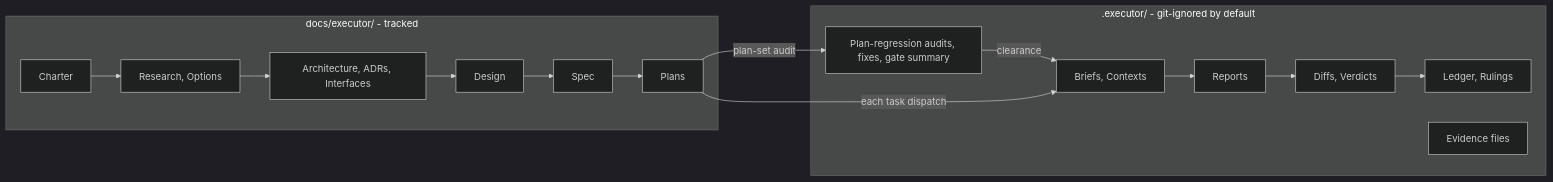
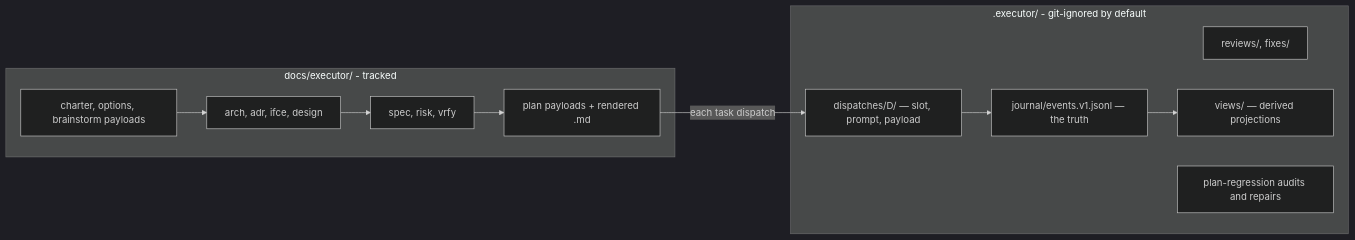
One commit to Atri10/executor changed the fifth of 5 diagrams in README.md. Above: the diagram before and after it, drawn with Mermaid (dark theme). The commit also changed other lines of this file and 43 other files, not shown here.

````diff
--- a/README.md
+++ b/README.md
@@ -573,24 +391,18 @@
 ```mermaid
 flowchart LR
     subgraph THINK["docs/executor/ - tracked"]
-        C["Charter"] --> R["Research, Options"]
-        R --> A["Architecture, ADRs, Interfaces"]
-        A --> D["Design"]
-        D --> S["Spec"]
-        S --> P["Plans"]
+        C["charter, options, brainstorm payloads"] --> A["arch, adr, ifce, design"]
+        A --> S["spec, risk, vrfy"]
+        S --> P["plan payloads + rendered .md"]
     end
     subgraph EXEC[".executor/ - git-ignored by default"]
-        L["Ledger, Rulings"]
-        B["Briefs, Contexts"]
-        RP["Reports"]
-        V["Diffs, Verdicts"]
-        EV["Evidence files"]
-        PR["Plan-regression audits, fixes, gate summary"]
+        J["journal/events.v1.jsonl — the truth"]
+        D["dispatches/D<NNNNN>/ — slot, prompt, payload"]
+        R["reviews/, fixes/"]
+        V["views/ — derived projections"]
+        PR["plan-regression audits and repairs"]
     end
-    P -->|"plan-set audit"| PR
-    PR -->|"clearance"| B
-    P -->|"each task dispatch"| B
-    B --> RP
-    RP --> V
-    V --> L
+    P -->|"each task dispatch"| D
+    D --> J
+    J --> V
 ```
````
